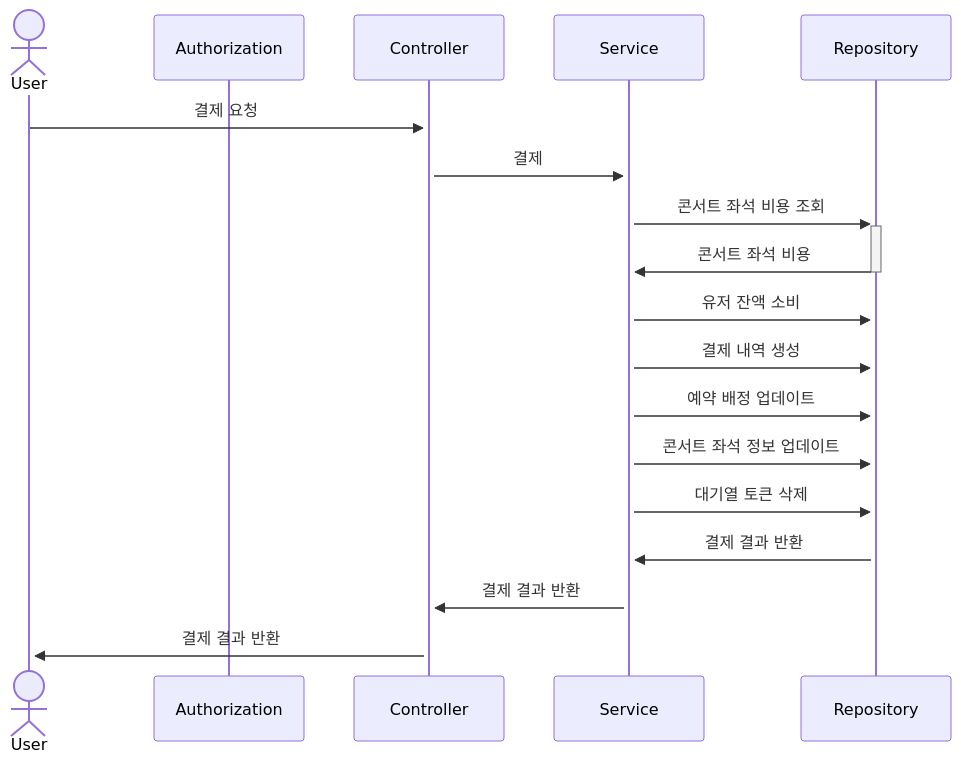
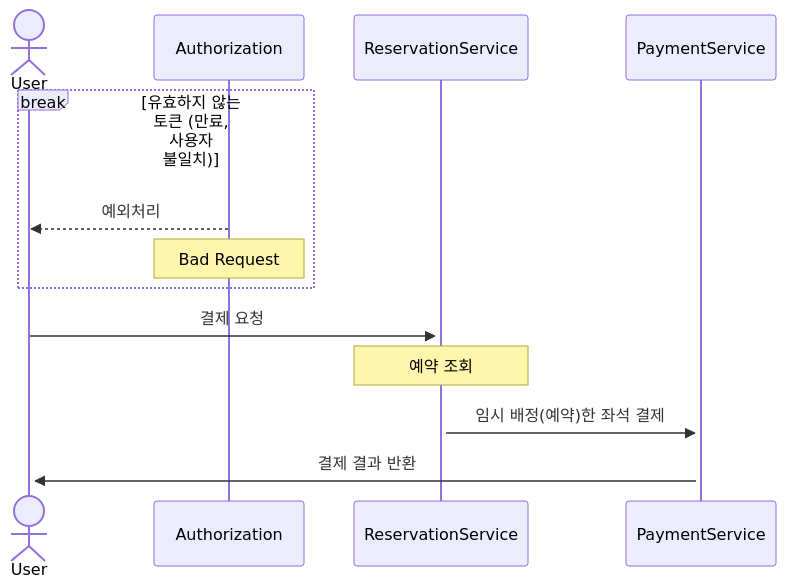
The eighth of 10 diagrams in README.md (adiospain/hhplus-concert-reservation-service-java), drawn with Mermaid before and after one commit. The commit also changed other lines of this file and 1 other file, not shown here.

Commit message:
DOCS : README.md 파일 시퀀스다이어그램 수정

````diff
--- a/README.md
+++ b/README.md
@@ -235,21 +196,17 @@
 ```mermaid
 sequenceDiagram
     actor User
     participant Authorization
-    participant Controller
-    participant Service
-    participant Repository
-    User ->>+ Controller: 결제 요청
-    Controller ->>+ Service: 결제
-    Service ->>+ Repository: 콘서트 좌석 비용 조회
-    Repository ->>- Service: 콘서트 좌석 비용
-    Service ->>+ Repository: 유저 잔액 소비
-    Service ->>+ Repository: 결제 내역 생성
-    Service ->>+ Repository: 예약 배정 업데이트
-    Service ->>+ Repository: 콘서트 좌석 정보 업데이트
-    Service ->>+ Repository: 대기열 토큰 삭제
-    Repository ->>+ Service: 결제 결과 반환
-	Service ->>+ Controller: 결제 결과 반환
-	Controller ->>+ User: 결제 결과 반환
-
+    participant ReservationService
+    participant PaymentService
+    
+  break 유효하지 않는 토큰 (만료, 사용자 불일치)
+    Authorization -->> User: 예외처리
+    note over Authorization: Bad Request
+  end
+    User ->>+ ReservationService: 결제 요청
+  note over ReservationService: 예약 조회
+    ReservationService ->>+ PaymentService: 임시 배정(예약)한 좌석 결제
+    PaymentService ->>+ User: 결제 결과 반환
+    
 ```
````
